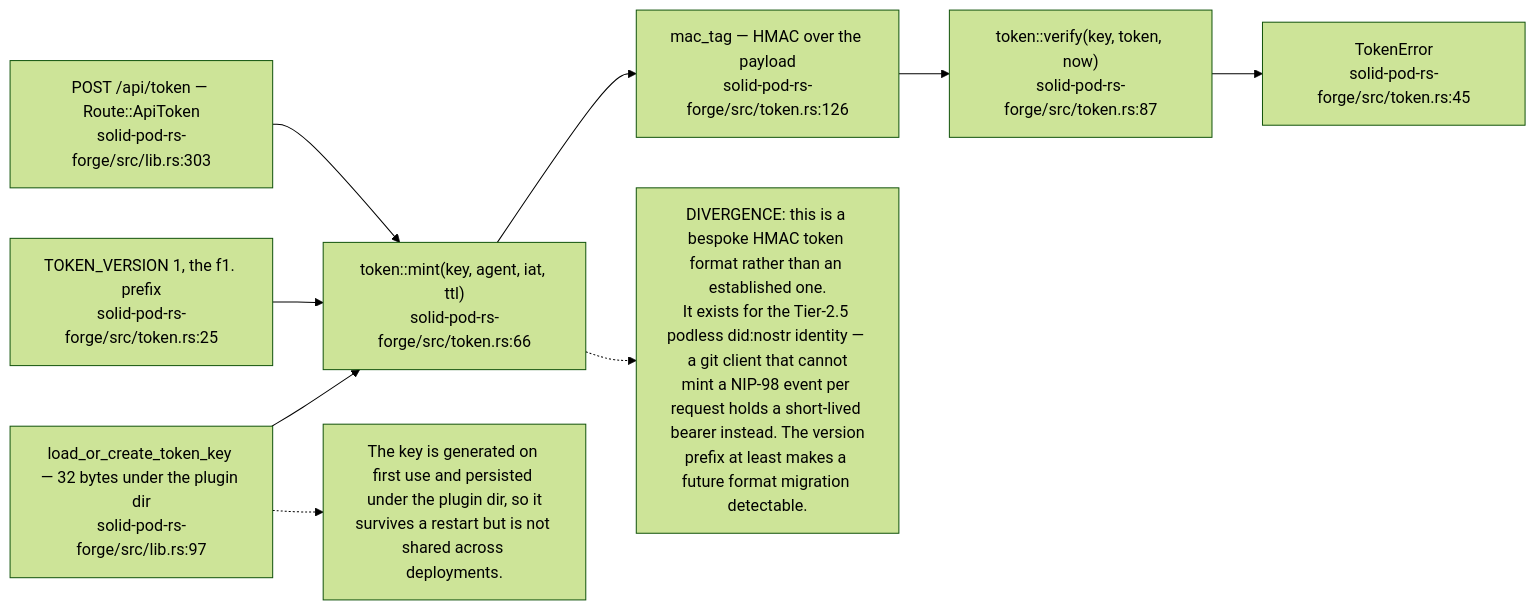
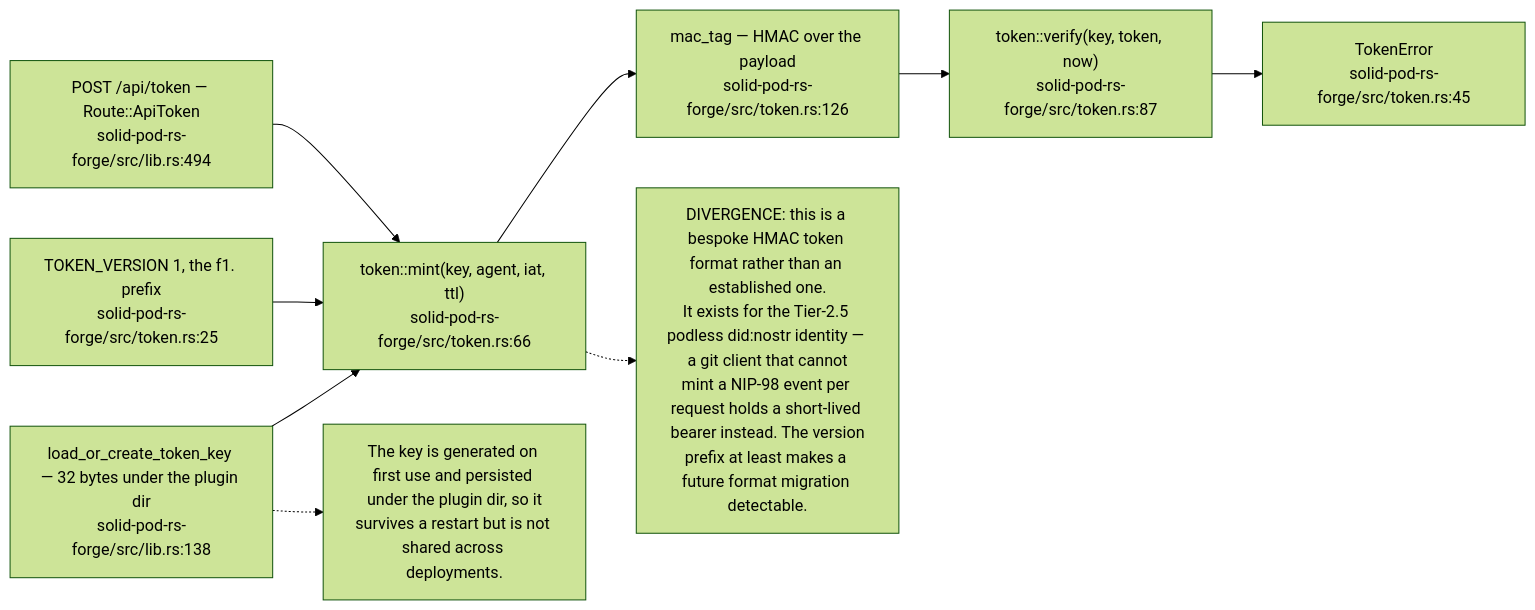
The tenth of 17 diagrams in docs/diagrams/solid-pod-rs/08-federation-notifications-forge-mcp.md (DreamLab-AI/VisionFlow), drawn with Mermaid (forest theme) before and after one commit. The commit also changed other lines of this file and 160 other files, not shown here.

````diff
--- a/docs/diagrams/solid-pod-rs/08-federation-notifications-forge-mcp.md
+++ b/docs/diagrams/solid-pod-rs/08-federation-notifications-forge-mcp.md
@@ -305,20 +315,20 @@
 ```mermaid
 flowchart LR
-    KEY["load_or_create_token_key — 32 bytes under the plugin dir<br/>solid-pod-rs-forge/src/lib.rs:97"]
+    KEY["load_or_create_token_key — 32 bytes under the plugin dir<br/>solid-pod-rs-forge/src/lib.rs:138"]
     MINT["token::mint(key, agent, iat, ttl)<br/>solid-pod-rs-forge/src/token.rs:66"]
     VER["token::verify(key, token, now)<br/>solid-pod-rs-forge/src/token.rs:87"]
     MAC["mac_tag — HMAC over the payload<br/>solid-pod-rs-forge/src/token.rs:126"]
     V1["TOKEN_VERSION 1, the f1. prefix<br/>solid-pod-rs-forge/src/token.rs:25"]
     ERR["TokenError<br/>solid-pod-rs-forge/src/token.rs:45"]
-    API["POST /api/token — Route::ApiToken<br/>solid-pod-rs-forge/src/lib.rs:303"]
+    API["POST /api/token — Route::ApiToken<br/>solid-pod-rs-forge/src/lib.rs:494"]
 
     KEY --> MINT --> MAC
     V1 --> MINT
     API --> MINT
     MAC --> VER --> ERR
 
     N["DIVERGENCE: this is a bespoke HMAC token format rather than an established one.<br/>It exists for the Tier-2.5 podless did:nostr identity — a git client that cannot<br/>mint a NIP-98 event per request holds a short-lived bearer instead. The version<br/>prefix at least makes a future format migration detectable."]
     MINT -.-> N
     N2["The key is generated on first use and persisted under the plugin dir, so it<br/>survives a restart but is not shared across deployments."]
     KEY -.-> N2
 ```
````
